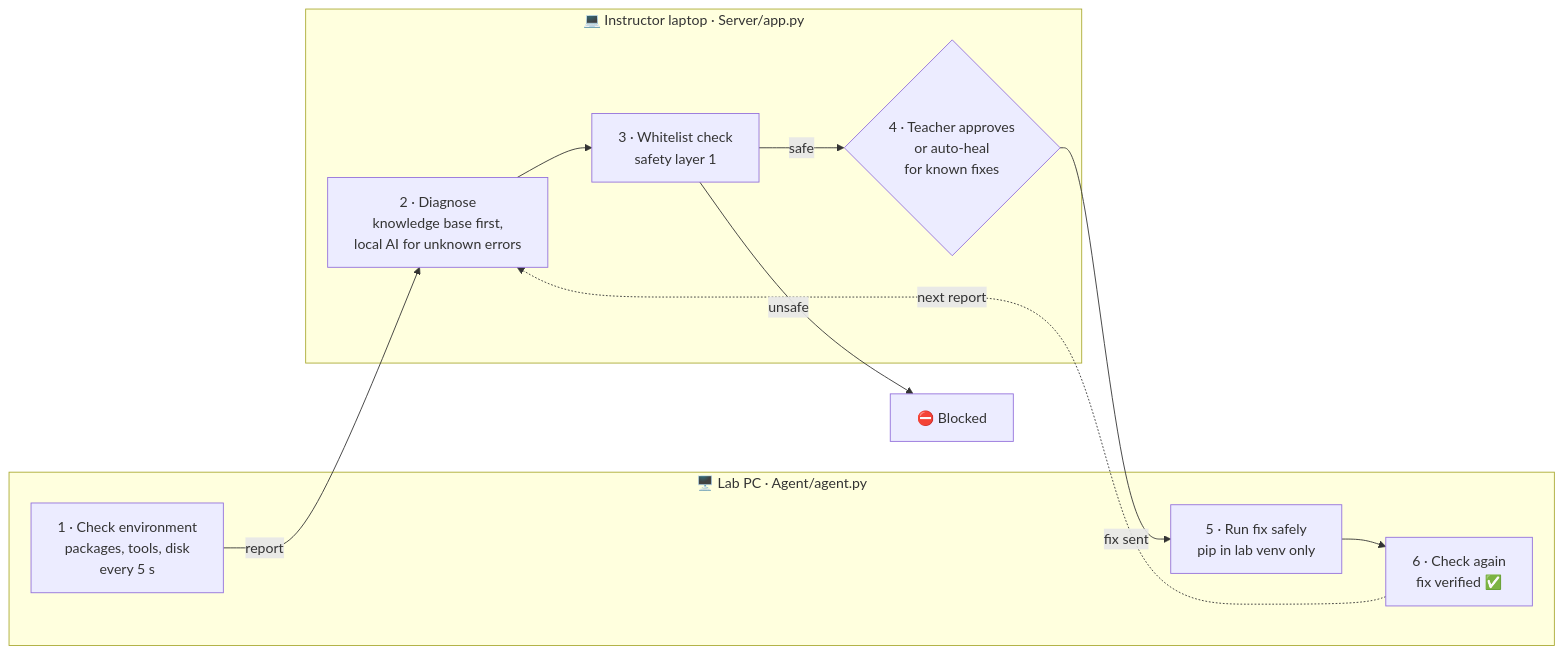
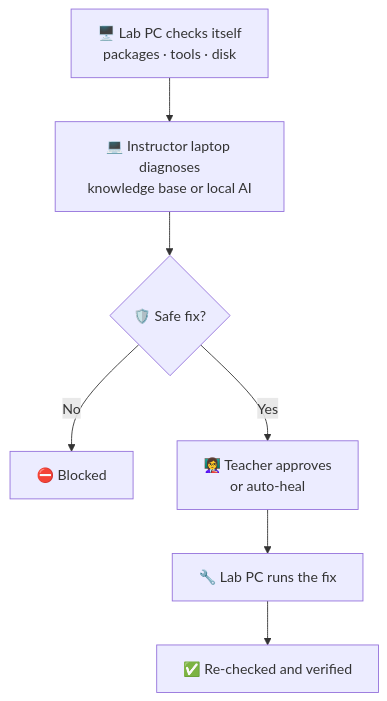
Before and after one commit to thikshitharn/labmend: the diagram in README.md, drawn with Mermaid.

Commit message:
Revise flowchart format in README.md
Updated flowchart to improve clarity and structure.

````diff
--- a/README.md
+++ b/README.md
@@ -15,22 +15,9 @@
 ```mermaid
-flowchart LR
-    subgraph PC["🖥️ Lab PC · Agent/agent.py"]
-        A["1 · Check environment<br/>packages, tools, disk<br/>every 5 s"]
-        F["5 · Run fix safely<br/>pip in lab venv only"]
-        G["6 · Check again<br/>fix verified ✅"]
-    end
-
-    subgraph HOST["💻 Instructor laptop · Server/app.py"]
-        B["2 · Diagnose<br/>knowledge base first,<br/>local AI for unknown errors"]
-        C["3 · Whitelist check<br/>safety layer 1"]
-        D{"4 · Teacher approves<br/>or auto-heal<br/>for known fixes"}
-    end
-
-    A -- "report" --> B
-    B --> C
-    C -- "safe" --> D
-    C -- "unsafe" --> X["⛔ Blocked"]
-    D -- "fix sent" --> F
-    F --> G
-    G -. "next report" .-> B
+flowchart TD
+    A["🖥️ Lab PC checks itself<br/>packages · tools · disk"] --> B["💻 Instructor laptop diagnoses<br/>knowledge base or local AI"]
+    B --> C{"🛡️ Safe fix?"}
+    C -- "No" --> X["⛔ Blocked"]
+    C -- "Yes" --> D["👩‍🏫 Teacher approves<br/>or auto-heal"]
+    D --> E["🔧 Lab PC runs the fix"]
+    E --> F["✅ Re-checked and verified"]
 ```
````
